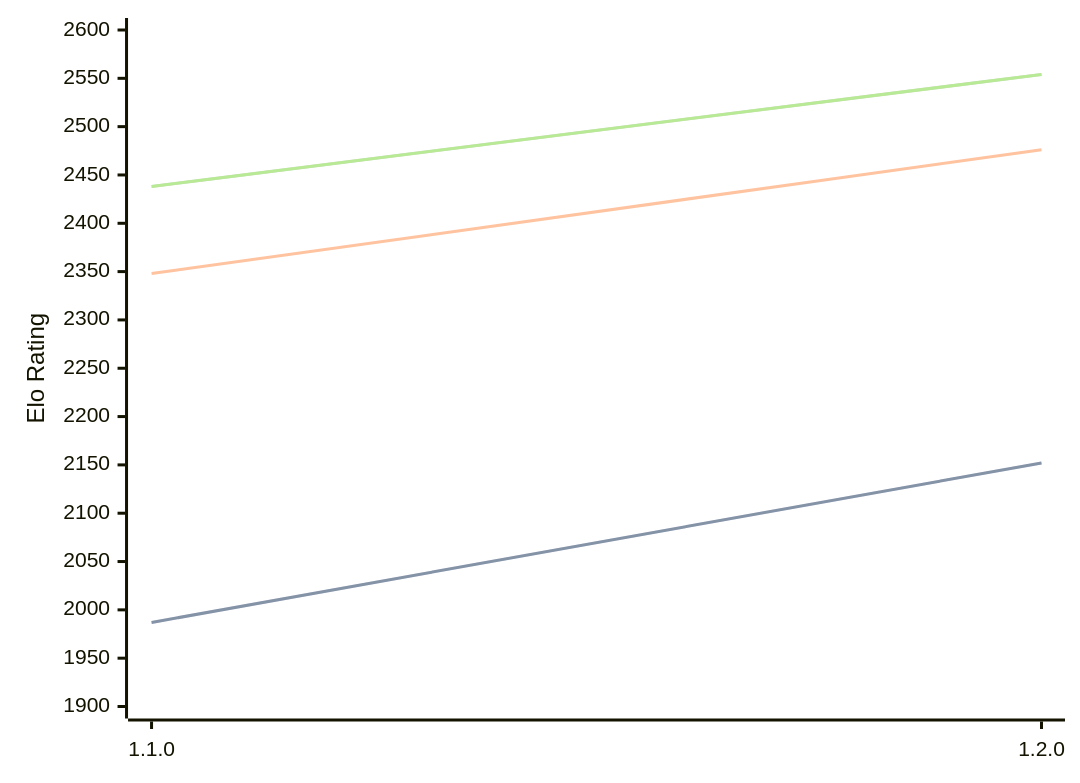
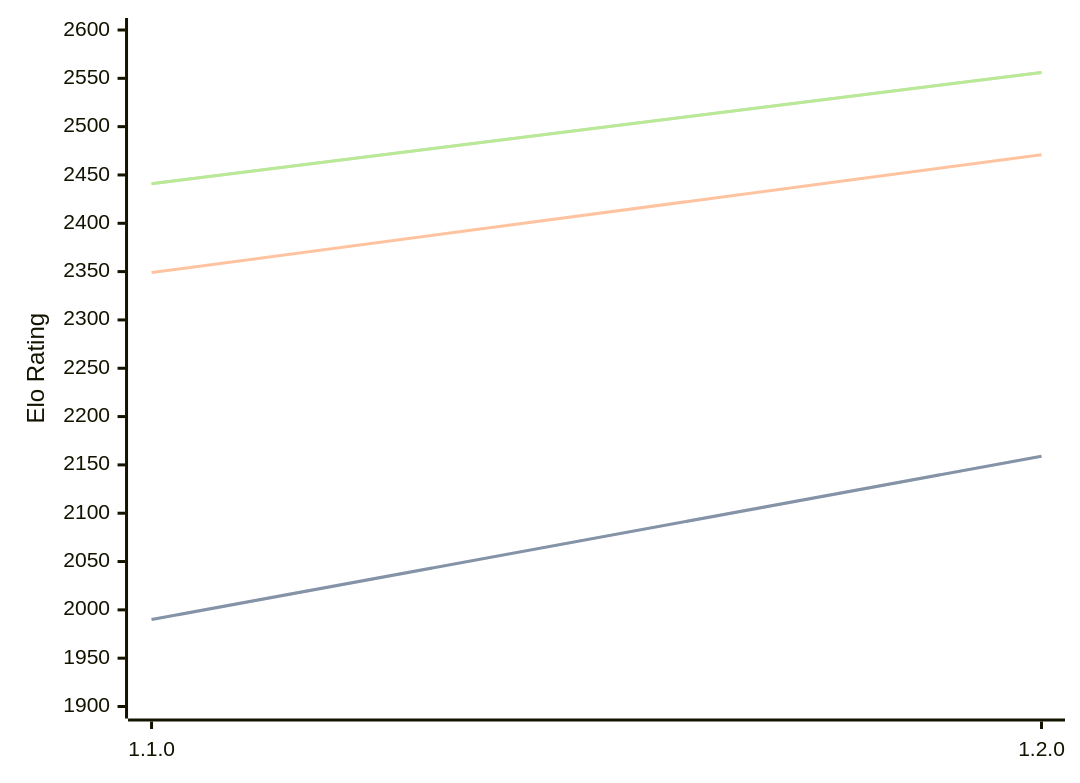
Before and after one commit to computer-chess-index/cci: the diagram in engines/Gyatso.md, drawn with Mermaid. The commit also changed other lines of this file, not shown here.

Commit message:
Update CCI Ratings (ELO VLTC) - 2026-03-29

````diff
--- a/engines/Gyatso.md
+++ b/engines/Gyatso.md
@@ -33,11 +33,11 @@
 ```mermaid
 %%{init: {"theme":"base","themeVariables":{"seriesColors:['#a3a3a3','#222221','#faa371']}}}%%
 xychart-beta
   x-axis ["1.1.0", "1.2.0"]
   y-axis "Elo Rating" 1900 --> 2600
-  line "STC (8.0+0.08s)" [1987, 2152]
-  line "STC (8.0+0.08s)" [1987, 2152]
-  line "LTC (60.0+0.60s)" [2348, 2476]
-  line "VLTC (2m24s+1.12s)" [2438, 2554]
-  line "VLTC (2m24s+1.12s)" [2438, 2554]
+  line "STC (8.0+0.08s)" [1990, 2159]
+  line "STC (8.0+0.08s)" [1990, 2159]
+  line "LTC (60.0+0.60s)" [2349, 2471]
+  line "VLTC (2m24s+1.12s)" [2441, 2556]
+  line "VLTC (2m24s+1.12s)" [2441, 2556]
 ```
````
